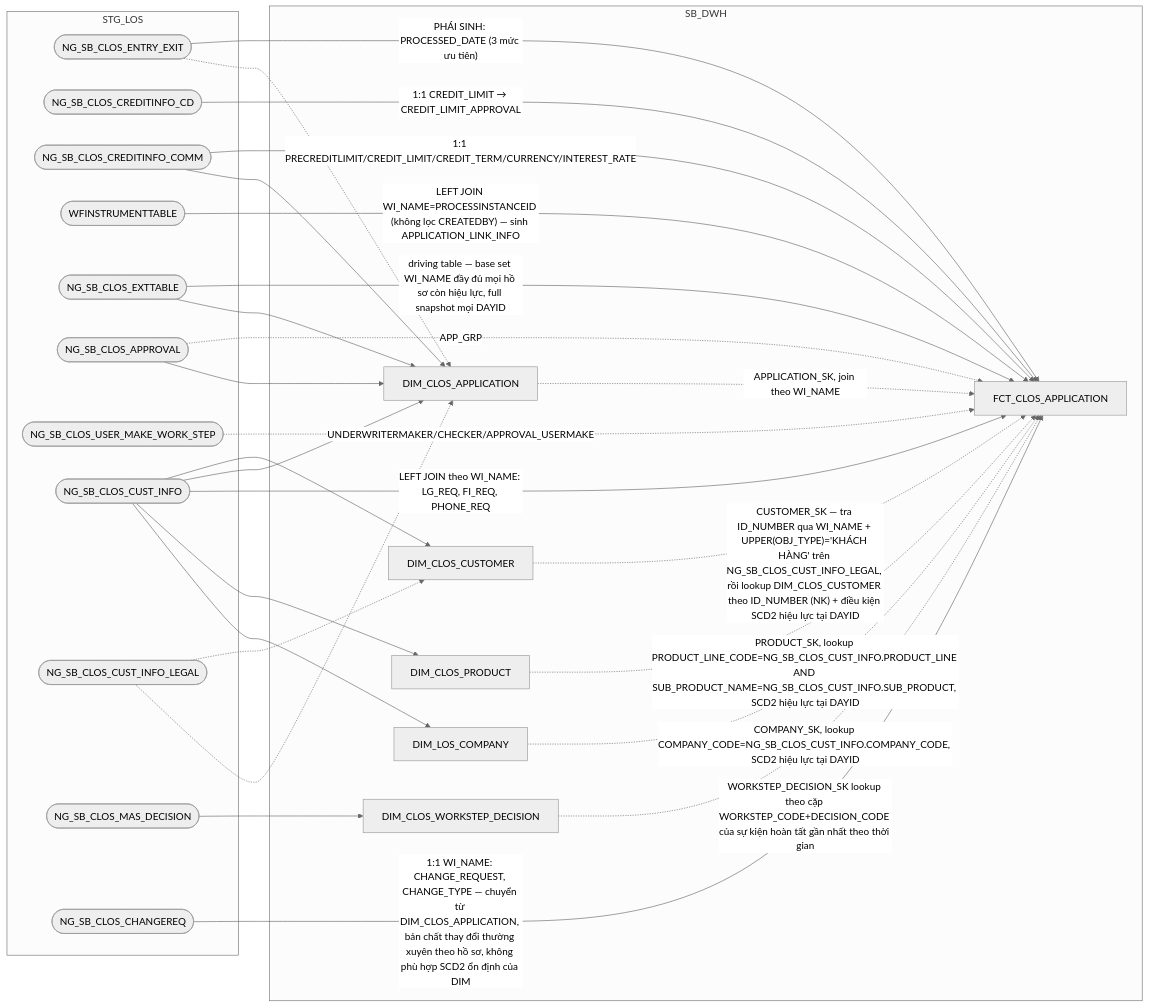
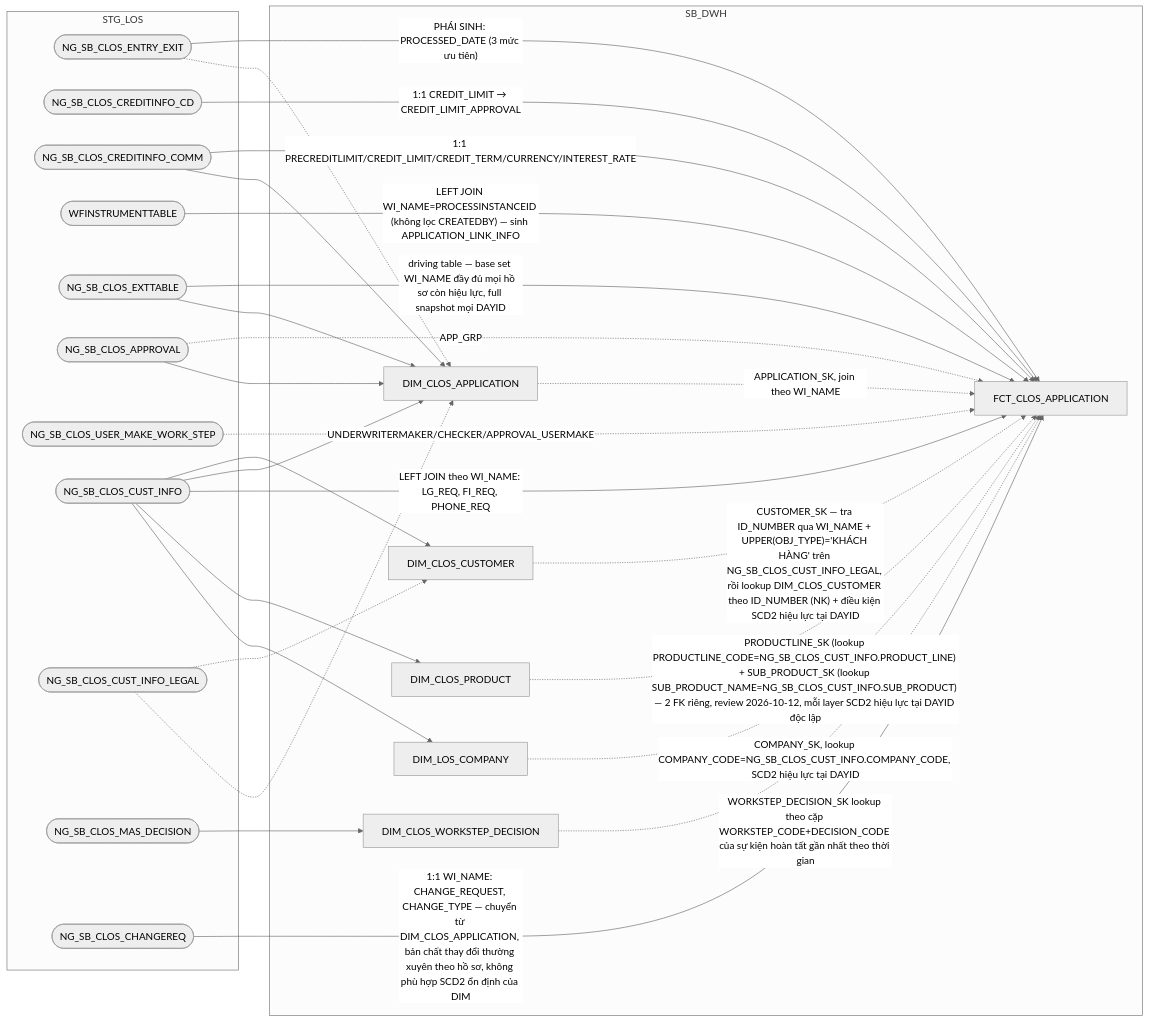
One commit to chien1198/sb-mapping-gen changed the first of 14 diagrams in hld/hld_review/HLD_FCT_SB_DWH_review.md. Above: the diagram before and after it, drawn with Mermaid (neutral theme). The commit also changed other lines of this file and 49 other files, not shown here.

````diff
--- a/hld/hld_review/HLD_FCT_SB_DWH_review.md
+++ b/hld/hld_review/HLD_FCT_SB_DWH_review.md
@@ -24,49 +24,49 @@
 ```mermaid
 flowchart LR
     subgraph STG_LOS
         A(["NG_SB_CLOS_ENTRY_EXIT"])
         B(["NG_SB_CLOS_CREDITINFO_CD"])
         C(["NG_SB_CLOS_CREDITINFO_COMM"])
         D(["WFINSTRUMENTTABLE"])
         F(["NG_SB_CLOS_EXTTABLE"])
         G(["NG_SB_CLOS_APPROVAL"])
         H(["NG_SB_CLOS_USER_MAKE_WORK_STEP"])
         M(["NG_SB_CLOS_CUST_INFO"])
         ML(["NG_SB_CLOS_CUST_INFO_LEGAL"])
         MW(["NG_SB_CLOS_MAS_DECISION"])
         K1(["NG_SB_CLOS_CHANGEREQ"])
     end
     subgraph SB_DWH
         K["DIM_CLOS_CUSTOMER"]
         WD["DIM_CLOS_WORKSTEP_DECISION"]
         PR["DIM_CLOS_PRODUCT"]
         OU["DIM_LOS_COMPANY"]
         AP["DIM_CLOS_APPLICATION"]
         E["FCT_CLOS_APPLICATION"]
     end
     A -->|"PHÁI SINH: PROCESSED_DATE (3 mức ưu tiên)"| E
     B -->|1:1 CREDIT_LIMIT → CREDIT_LIMIT_APPROVAL| E
     C -->|1:1 PRECREDITLIMIT/CREDIT_LIMIT/CREDIT_TERM/CURRENCY/INTEREST_RATE| E
     D -->|"LEFT JOIN WI_NAME=PROCESSINSTANCEID (không lọc CREATEDBY) — sinh APPLICATION_LINK_INFO"| E
     F -->|"driving table — base set WI_NAME đầy đủ mọi hồ sơ còn hiệu lực, full snapshot mọi DAYID"| E
     G -.->|"APP_GRP"| E
     H -.->|"UNDERWRITERMAKER/CHECKER/APPROVAL_USERMAKE"| E
     K -.->|"CUSTOMER_SK — tra ID_NUMBER qua WI_NAME + UPPER(OBJ_TYPE)='KHÁCH HÀNG' trên NG_SB_CLOS_CUST_INFO_LEGAL, rồi lookup DIM_CLOS_CUSTOMER theo ID_NUMBER (NK) + điều kiện SCD2 hiệu lực tại DAYID"| E
     M --> K
     ML -.-> K
     MW --> WD
     WD -.->|"WORKSTEP_DECISION_SK lookup theo cặp WORKSTEP_CODE+DECISION_CODE của sự kiện hoàn tất gần nhất theo thời gian"| E
-    PR -.->|"PRODUCT_SK, lookup PRODUCT_LINE_CODE=NG_SB_CLOS_CUST_INFO.PRODUCT_LINE AND SUB_PRODUCT_NAME=NG_SB_CLOS_CUST_INFO.SUB_PRODUCT, SCD2 hiệu lực tại DAYID"| E
+    PR -.->|"PRODUCTLINE_SK (lookup PRODUCTLINE_CODE=NG_SB_CLOS_CUST_INFO.PRODUCT_LINE) + SUB_PRODUCT_SK (lookup SUB_PRODUCT_NAME=NG_SB_CLOS_CUST_INFO.SUB_PRODUCT) — 2 FK riêng, review 2026-10-12, mỗi layer SCD2 hiệu lực tại DAYID độc lập"| E
     OU -.->|"COMPANY_SK, lookup COMPANY_CODE=NG_SB_CLOS_CUST_INFO.COMPANY_CODE, SCD2 hiệu lực tại DAYID"| E
     F --> AP
     M --> AP
     ML -.-> AP
     G --> AP
     A -.-> AP
     C --> AP
     AP -.->|"APPLICATION_SK, join theo WI_NAME"| E
     M -->|"LEFT JOIN theo WI_NAME: LG_REQ, FI_REQ, PHONE_REQ"| E
     M --> PR
     M --> OU
     K1 -->|"1:1 WI_NAME: CHANGE_REQUEST, CHANGE_TYPE — chuyển từ DIM_CLOS_APPLICATION, bản chất thay đổi thường xuyên theo hồ sơ, không phù hợp SCD2 ổn định của DIM"| E
 ```
````
